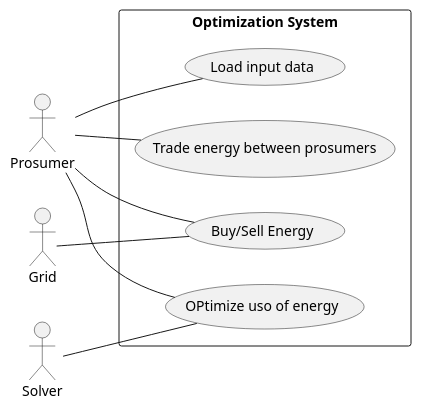
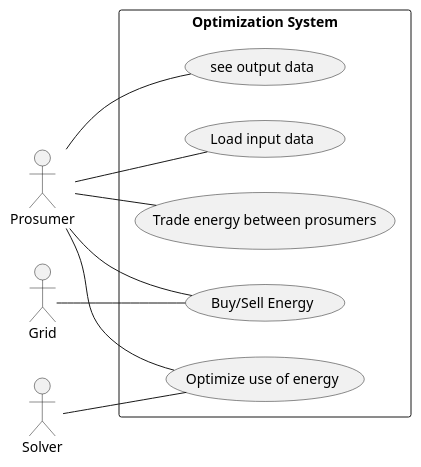
The seventh of 25 diagrams in Documentation/README.md (Phenriquerafael/EnergyComunitiesPlatform), drawn with PlantUML before and after one commit. The commit also changed other lines of this file and 1 other file, not shown here.

````diff
--- a/Documentation/README.md
+++ b/Documentation/README.md
@@ -513,26 +549,28 @@
 ```plantuml
-@startuml
+@startuml  
 
 ' Diagrama de Caso de Uso
 left to right direction
 actor Prosumer
 actor Grid
 actor Solver
 
 rectangle "Optimization System" {
     usecase "Load input data" as UC1
-    usecase "OPtimize uso of energy" as UC2
+    usecase "Optimize use of energy" as UC2
     usecase "Buy/Sell Energy" as UC3
     usecase "Trade energy between prosumers" as UC4
+    usecase "see output data" as UC5
 }
 
 Prosumer -- UC1
 Prosumer -- UC2
 Prosumer -- UC3
 Prosumer -- UC4
+Prosumer -- UC5
 Grid -- UC3
 Solver -- UC2
 
 @enduml
 
 ```
````
